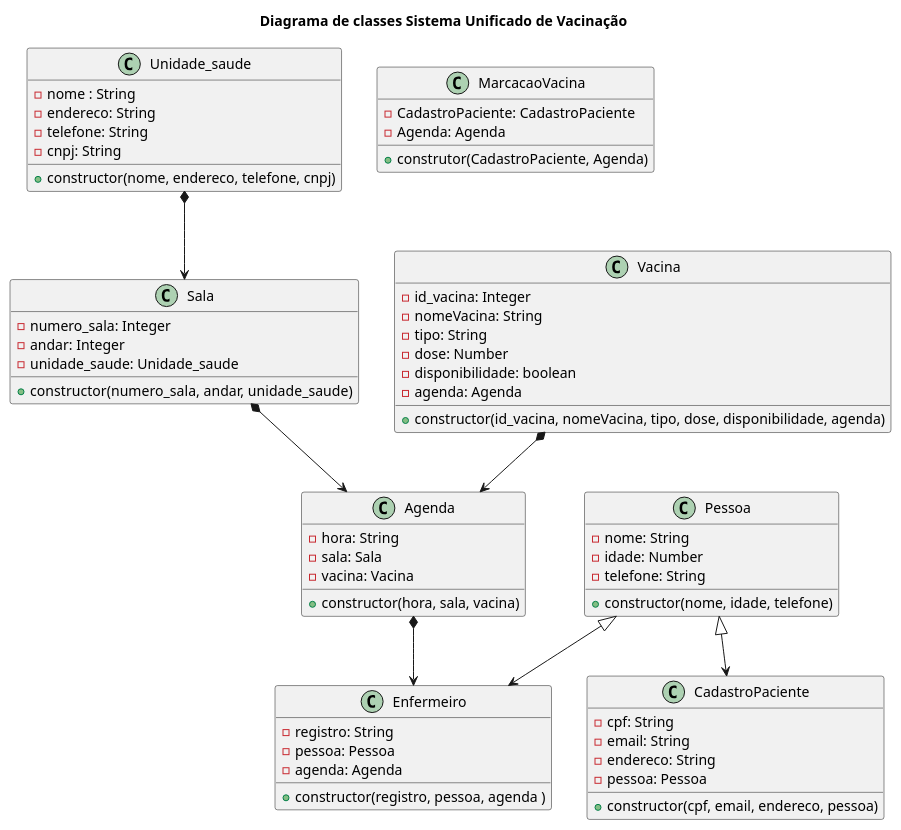
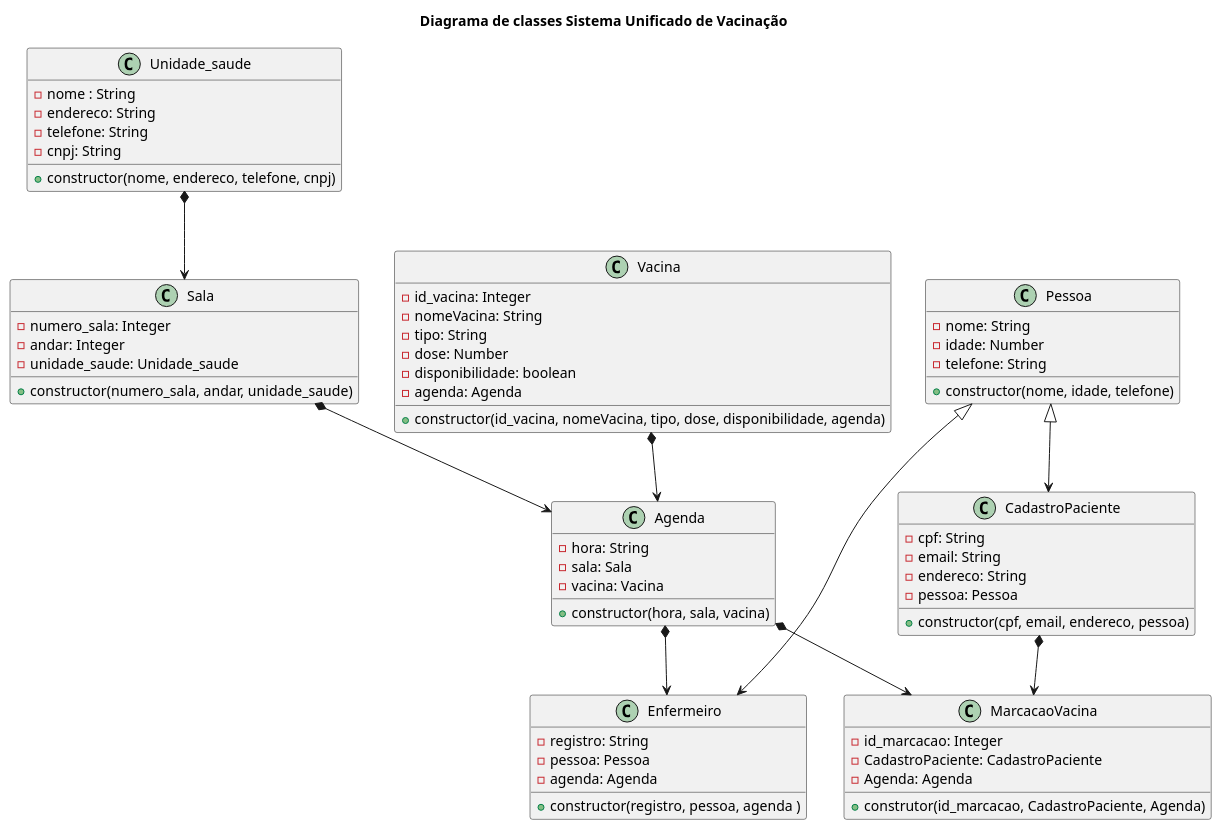
The diagram in diagrama_classe.plantuml (anleaes/2022-1-N2-POO-01), drawn with PlantUML before and after one commit.

Commit message:
atualizacao e criacao da classe marcacao vacina

```diff
--- a/diagrama_classe.plantuml
+++ b/diagrama_classe.plantuml
@@ -1,72 +1,76 @@
 @startuml
 
 title Diagrama de classes Sistema Unificado de Vacinação
 
 class Unidade_saude{
     - nome : String
     - endereco: String
     - telefone: String
     - cnpj: String
     + constructor(nome, endereco, telefone, cnpj)
 }
 
 class Sala{
     - numero_sala: Integer
     - andar: Integer
     - unidade_saude: Unidade_saude 
     + constructor(numero_sala, andar, unidade_saude)
 }
 
 class Agenda{
     - hora: String
     - sala: Sala
     - vacina: Vacina
     + constructor(hora, sala, vacina)
 }
 
 
 Class Vacina{
     - id_vacina: Integer
     - nomeVacina: String
     - tipo: String
     - dose: Number
     - disponibilidade: boolean
     - agenda: Agenda
     + constructor(id_vacina, nomeVacina, tipo, dose, disponibilidade, agenda)
 }
 
 class Pessoa{
     - nome: String
     - idade: Number
     - telefone: String
     + constructor(nome, idade, telefone)
 }
 
 class CadastroPaciente {
     - cpf: String
     - email: String
     - endereco: String
     - pessoa: Pessoa
     + constructor(cpf, email, endereco, pessoa)
 }
 
 class Enfermeiro {
     - registro: String
     - pessoa: Pessoa
     - agenda: Agenda
     + constructor(registro, pessoa, agenda )
 }
 
 class MarcacaoVacina{
+    - id_marcacao: Integer
     - CadastroPaciente: CadastroPaciente
     - Agenda: Agenda
-    + construtor(CadastroPaciente, Agenda)
+    + construtor(id_marcacao, CadastroPaciente, Agenda)
 }
+
 Pessoa <|--> CadastroPaciente
 Pessoa <|--> Enfermeiro
 Unidade_saude *--> Sala
 Sala *--> Agenda
 Vacina *--> Agenda
 Agenda *--> Enfermeiro
+CadastroPaciente *--> MarcacaoVacina
+Agenda *--> MarcacaoVacina
 
 @enduml
```
